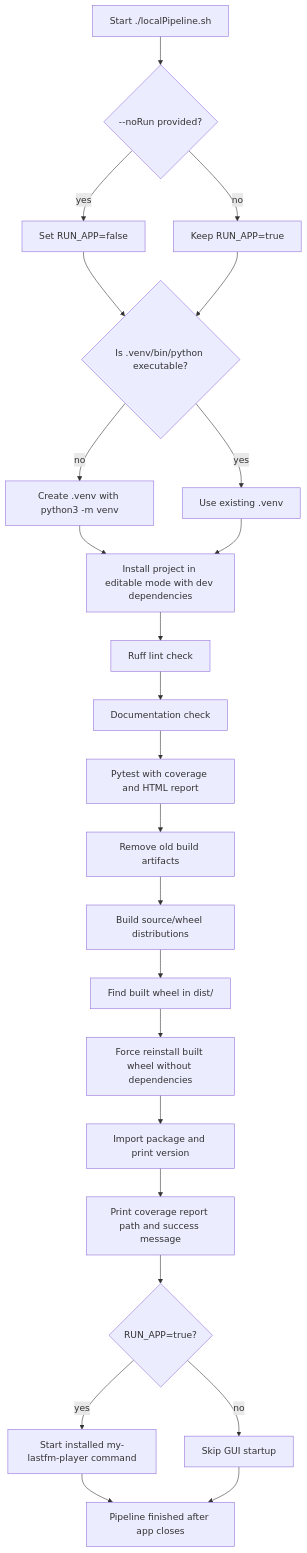
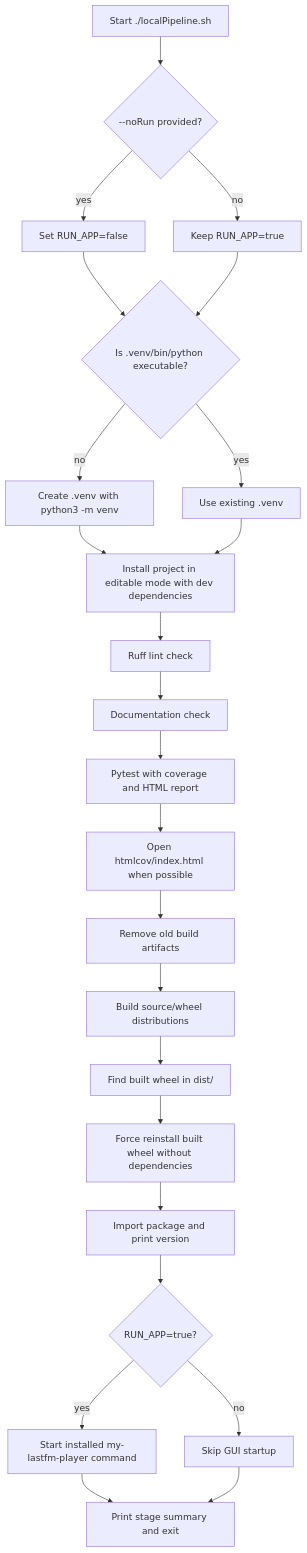
Before and after one commit to marcelpetrick/myLastFmPlayer: the third of 3 diagrams in README.md, drawn with Mermaid. The commit also changed other lines of this file and 5 other files, not shown here.

Commit message:
Add local pipeline stage summary

````diff
--- a/README.md
+++ b/README.md
@@ -166,26 +166,26 @@
 ```mermaid
 flowchart TD
     A["Start ./localPipeline.sh"] --> B{"--noRun provided?"}
     B -->|yes| C["Set RUN_APP=false"]
     B -->|no| D["Keep RUN_APP=true"]
     C --> E{"Is .venv/bin/python executable?"}
     D --> E
     E -->|no| F["Create .venv with python3 -m venv"]
     E -->|yes| G["Use existing .venv"]
     F --> H["Install project in editable mode with dev dependencies"]
     G --> H
     H --> I["Ruff lint check"]
     I --> J["Documentation check"]
     J --> K["Pytest with coverage and HTML report"]
-    K --> L["Remove old build artifacts"]
-    L --> M["Build source/wheel distributions"]
-    M --> N["Find built wheel in dist/"]
-    N --> O["Force reinstall built wheel without dependencies"]
-    O --> P["Import package and print version"]
-    P --> Q["Print coverage report path and success message"]
+    K --> L["Open htmlcov/index.html when possible"]
+    L --> M["Remove old build artifacts"]
+    M --> N["Build source/wheel distributions"]
+    N --> O["Find built wheel in dist/"]
+    O --> P["Force reinstall built wheel without dependencies"]
+    P --> Q["Import package and print version"]
     Q --> R{"RUN_APP=true?"}
     R -->|yes| S["Start installed my-lastfm-player command"]
     R -->|no| T["Skip GUI startup"]
-    S --> U["Pipeline finished after app closes"]
+    S --> U["Print stage summary and exit"]
     T --> U
 ```
````
